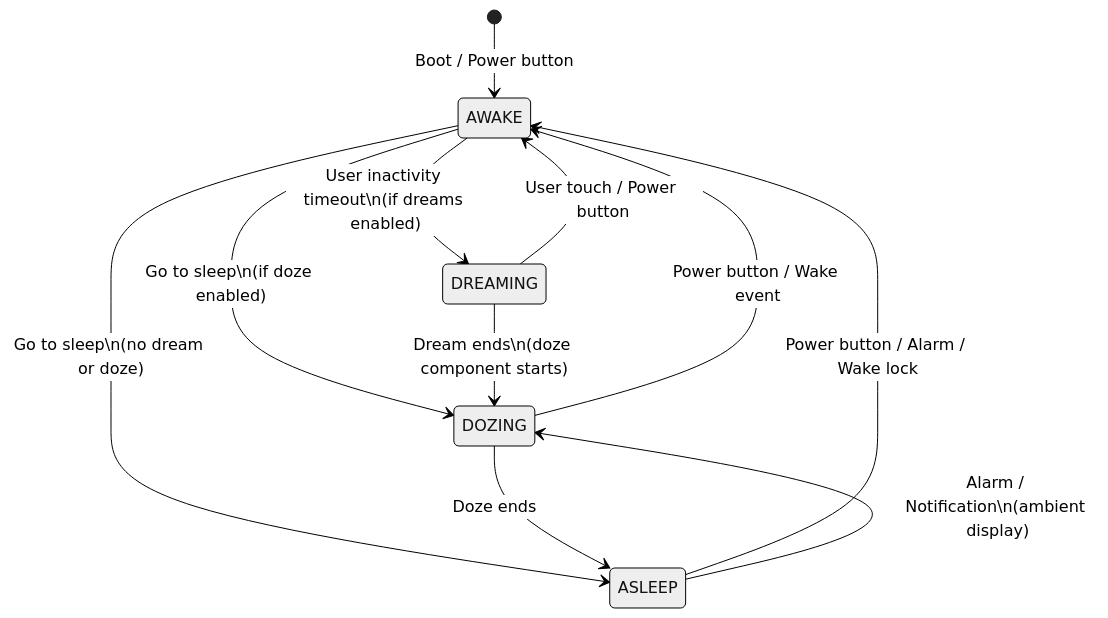
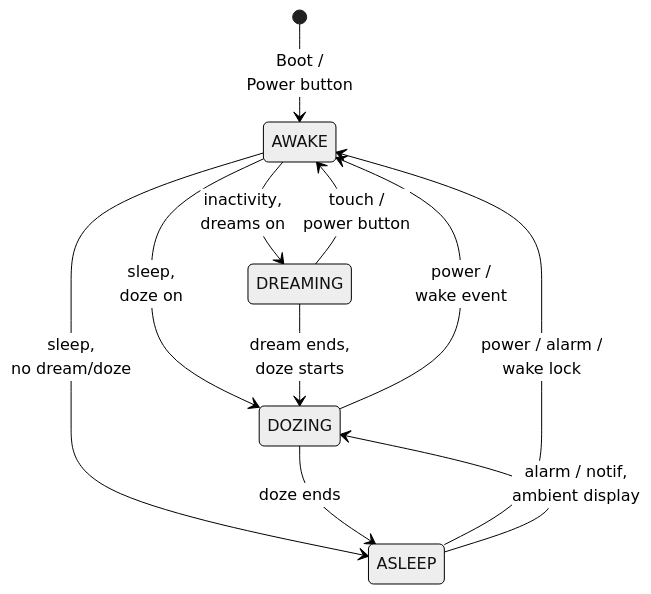
The first of 26 diagrams in 29-power-management.md (fwrite0920/aosp-internal-book), drawn with Mermaid (neutral theme) before and after one commit. The commit also changed other lines of this file and 13 other files, not shown here.

First line of the commit message:
Fix Mermaid diagrams and formatting in Parts VII-VIII (chapters 26-39)

````diff
--- a/29-power-management.md
+++ b/29-power-management.md
@@ -88,13 +88,13 @@
 ```mermaid
 stateDiagram-v2
-    [*] --> AWAKE : Boot / Power button
-    AWAKE --> DREAMING : User inactivity timeout\n(if dreams enabled)
-    AWAKE --> DOZING : Go to sleep\n(if doze enabled)
-    AWAKE --> ASLEEP : Go to sleep\n(no dream or doze)
-    DREAMING --> DOZING : Dream ends\n(doze component starts)
-    DREAMING --> AWAKE : User touch / Power button
-    DOZING --> ASLEEP : Doze ends
-    DOZING --> AWAKE : Power button / Wake event
-    ASLEEP --> AWAKE : Power button / Alarm / Wake lock
-    ASLEEP --> DOZING : Alarm / Notification\n(ambient display)
+    [*] --> AWAKE : Boot /<br/>Power button
+    AWAKE --> DREAMING : inactivity,<br/>dreams on
+    AWAKE --> DOZING : sleep,<br/>doze on
+    AWAKE --> ASLEEP : sleep,<br/>no dream/doze
+    DREAMING --> DOZING : dream ends,<br/>doze starts
+    DREAMING --> AWAKE : touch /<br/>power button
+    DOZING --> ASLEEP : doze ends
+    DOZING --> AWAKE : power /<br/>wake event
+    ASLEEP --> AWAKE : power / alarm /<br/>wake lock
+    ASLEEP --> DOZING : alarm / notif,<br/>ambient display
 ```
````
